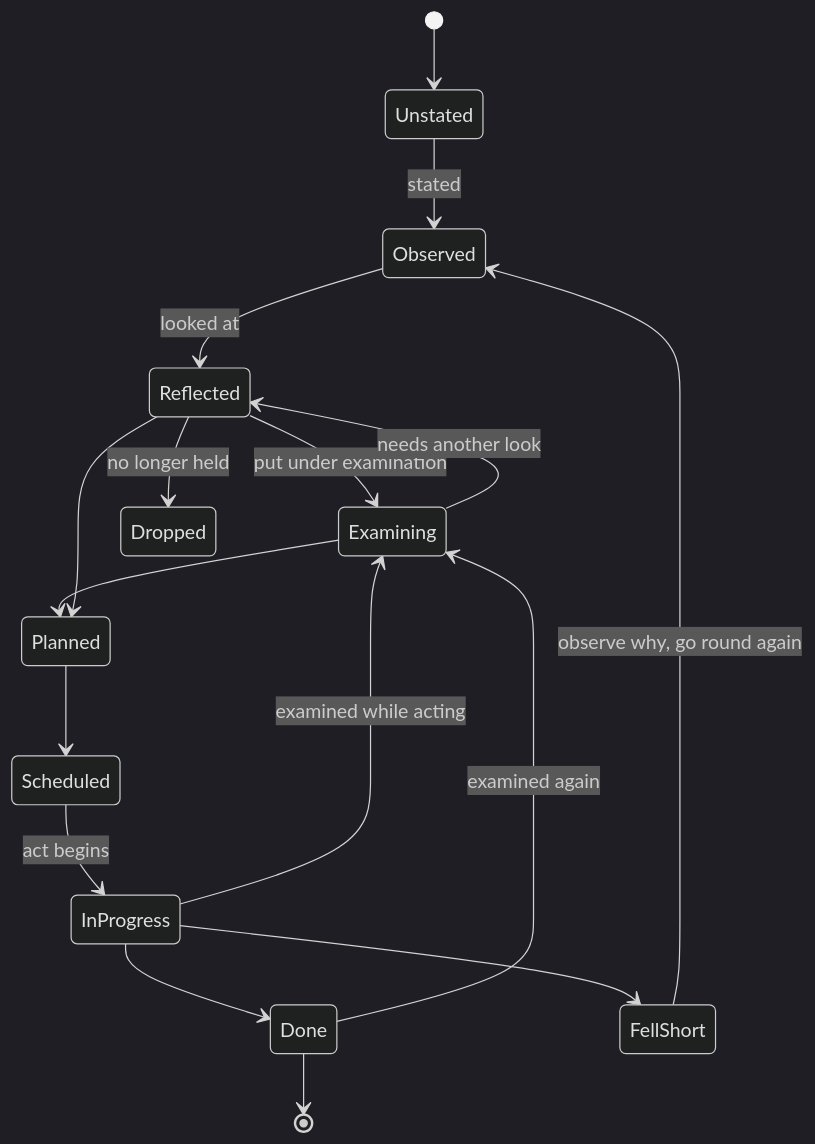
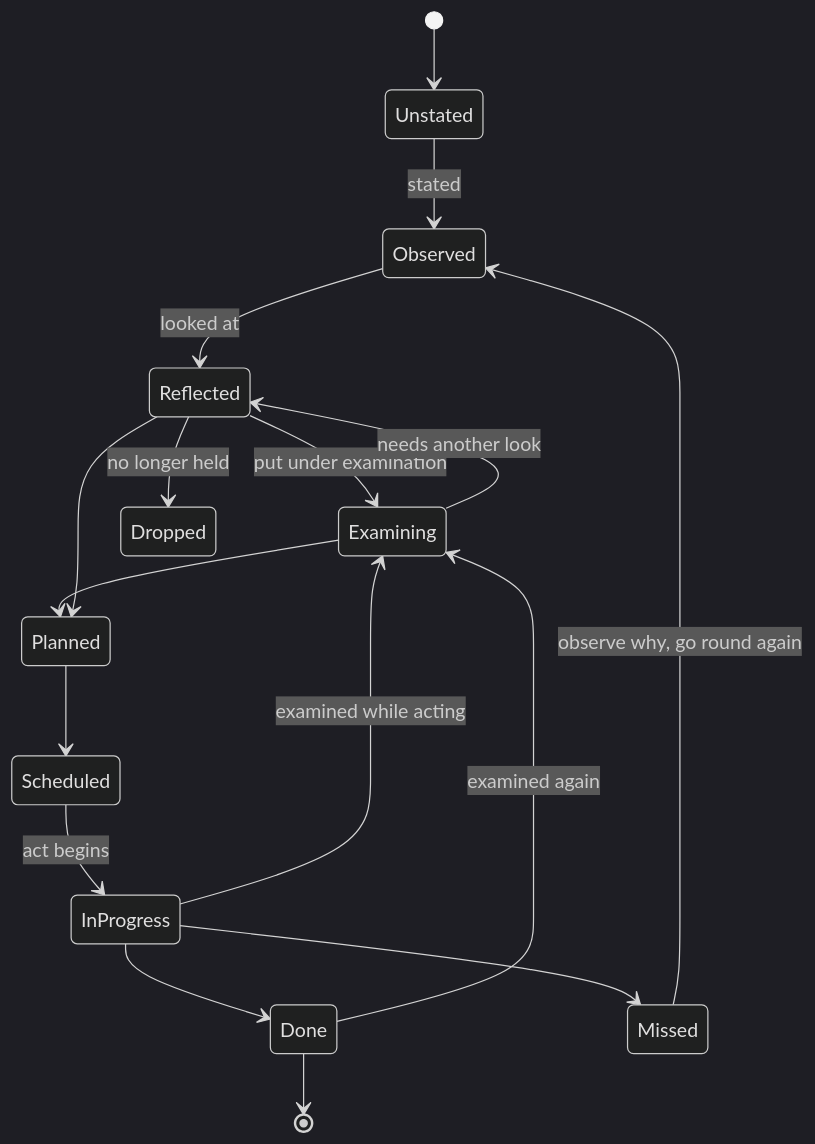
Before and after one commit to tchjhnsn/reflect: the third of 3 diagrams in docs/design/REFLECT_DOMAIN_2026-11-12.md, drawn with Mermaid (dark theme). The commit also changed other lines of this file, not shown here.

First line of the commit message:
Domain design: rename fell short to missed

````diff
--- a/docs/design/REFLECT_DOMAIN_2026-11-12.md
+++ b/docs/design/REFLECT_DOMAIN_2026-11-12.md
@@ -111,19 +111,19 @@
 ```mermaid
 stateDiagram-v2
   [*] --> Unstated
   Unstated --> Observed : stated
   Observed --> Reflected : looked at
   Reflected --> Examining : put under examination
   Reflected --> Dropped : no longer held
   Examining --> Reflected : needs another look
   Examining --> Planned
   Reflected --> Planned
   Planned --> Scheduled
   Scheduled --> InProgress : act begins
   InProgress --> Done
-  InProgress --> FellShort
-  FellShort --> Observed : observe why, go round again
+  InProgress --> Missed
+  Missed --> Observed : observe why, go round again
   InProgress --> Examining : examined while acting
   Done --> Examining : examined again
   Done --> [*]
 ```
````
